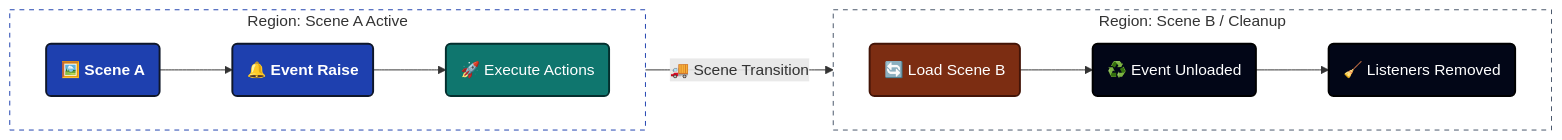
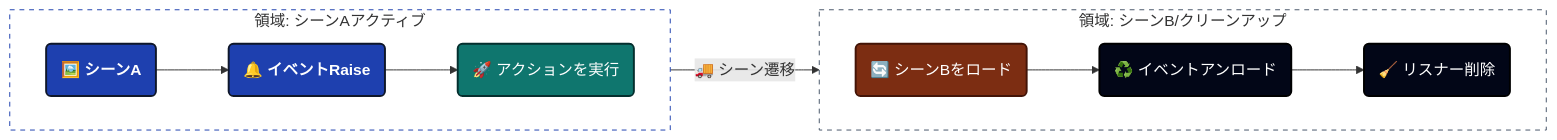
One commit to tinygiants-tech/TinyGiants changed the fourth of 5 diagrams in i18n/ja/docusaurus-plugin-content-docs/current/game-event-system/visual-workflow/game-event-behavior.md. Above: the diagram before and after it, drawn with Mermaid. The commit also changed other lines of this file and 81 other files, not shown here.

````diff
--- a/i18n/ja/docusaurus-plugin-content-docs/current/game-event-system/visual-workflow/game-event-behavior.md
+++ b/i18n/ja/docusaurus-plugin-content-docs/current/game-event-system/visual-workflow/game-event-behavior.md
@@ -393,24 +387,24 @@
 ```mermaid
 graph LR
 
     classDef sceneA fill:#1e40af,stroke:#0f172a,stroke-width:2px,color:#ffffff,font-weight:bold
     classDef action fill:#0f766e,stroke:#042f2e,stroke-width:2px,color:#ffffff
     classDef transition fill:#7c2d12,stroke:#431407,stroke-width:2px,color:#ffffff
     classDef cleanup fill:#020617,stroke:#000000,stroke-width:2px,color:#ffffff
 
-    subgraph Scene_A [Region: Scene A Active]
+    subgraph Scene_A [領域: シーンAアクティブ]
         direction LR
-        A(🖼️ Scene A):::sceneA --> B(🔔 Event Raise):::sceneA
-        B --> C(🚀 Execute Actions):::action
+        A(🖼️ シーンA):::sceneA --> B(🔔 イベントRaise):::sceneA
+        B --> C(🚀 アクションを実行):::action
     end
     style Scene_A fill:none,stroke:#1e40af,stroke-dasharray: 5 5
 
-    C -- "🚚 Scene Transition" --> D(🔄 Load Scene B):::transition
+    C -- "🚚 シーン遷移" --> D(🔄 シーンBをロード):::transition
 
-    subgraph Scene_B [Region: Scene B / Cleanup]
+    subgraph Scene_B [領域: シーンB/クリーンアップ]
         direction LR
-        D --> E(♻️ Event Unloaded):::cleanup
-        E --> F(🧹 Listeners Removed):::cleanup
+        D --> E(♻️ イベントアンロード):::cleanup
+        E --> F(🧹 リスナー削除):::cleanup
     end
     style Scene_B fill:none,stroke:#475569,stroke-dasharray: 5 5
 ```
````
